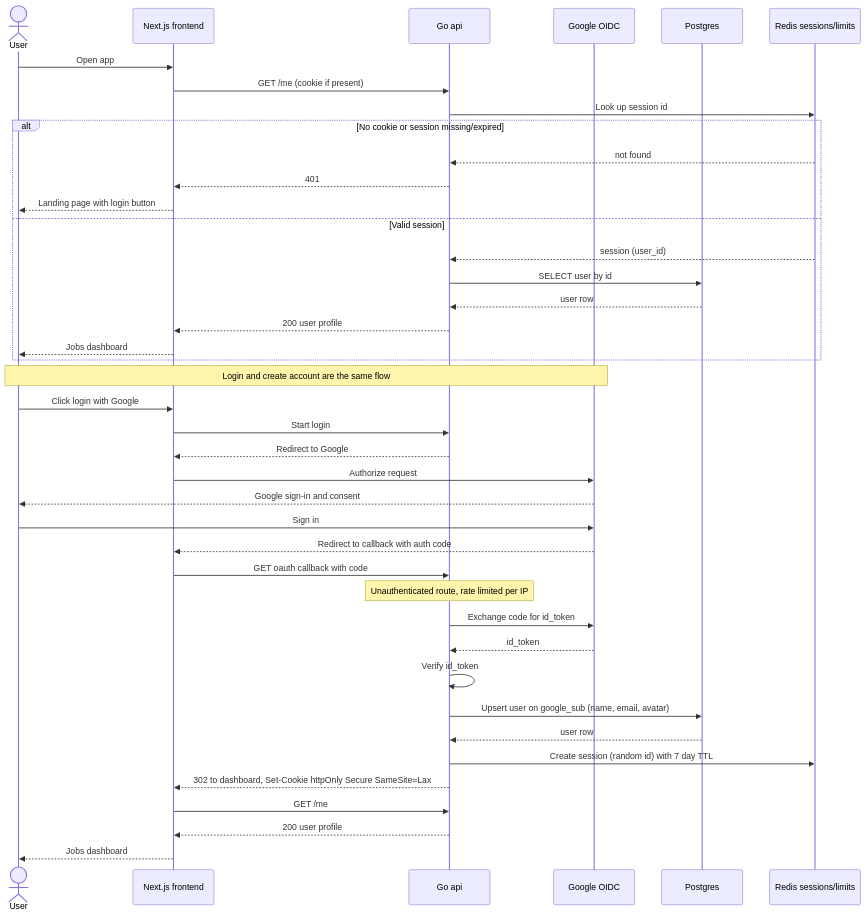
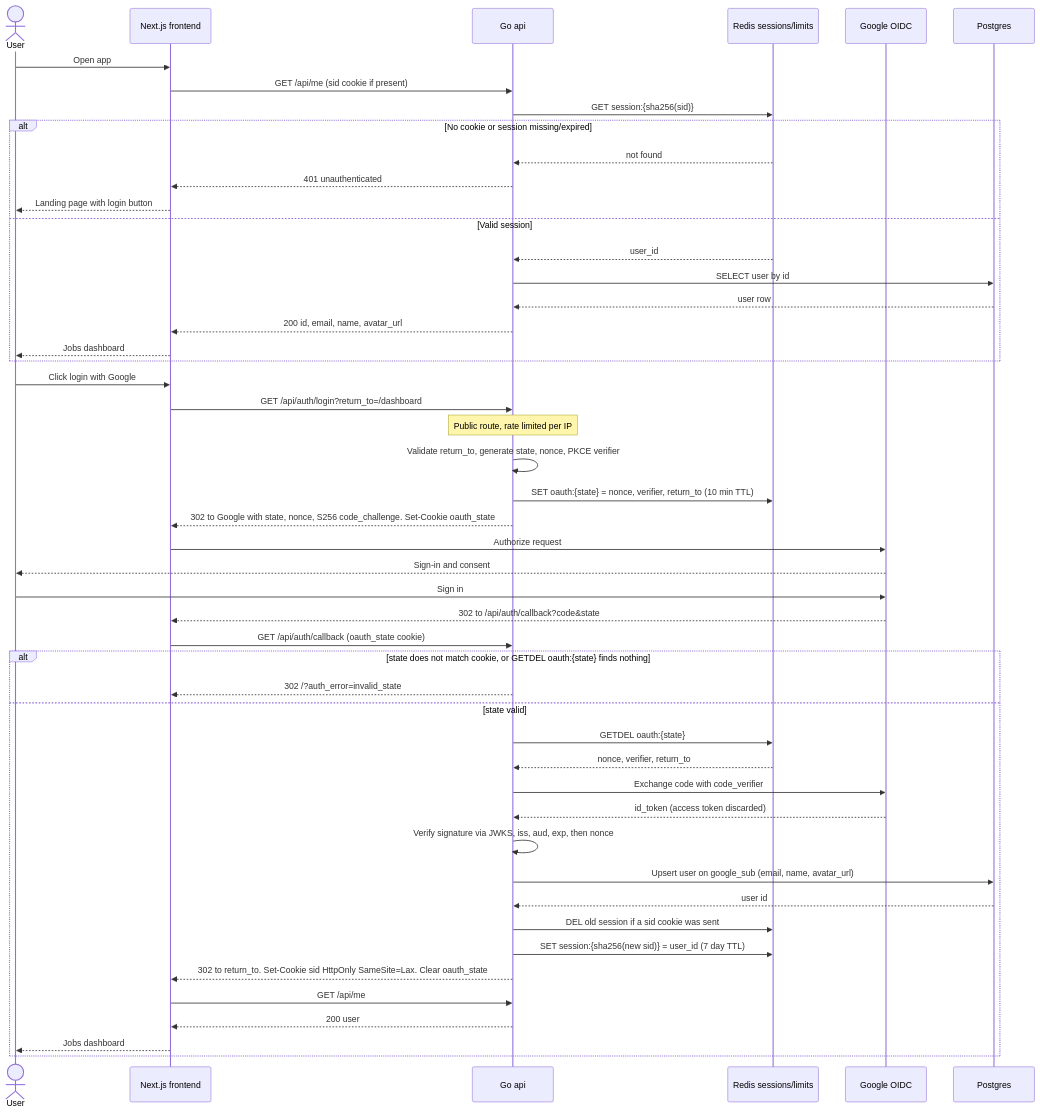
One commit to MardonBa/transcoding-job-scheduler changed the diagram in docs/diagrams/sequence/01-login.md. Above: the diagram before and after it, drawn with Mermaid. The commit also changed other lines of this file and 31 other files, not shown here.

````diff
--- a/docs/diagrams/sequence/01-login.md
+++ b/docs/diagrams/sequence/01-login.md
@@ -5,45 +5,53 @@
 ```mermaid
 sequenceDiagram
     actor User
     participant Browser as Next.js frontend
     participant API as Go api
+    participant RKV as Redis sessions/limits
     participant Google as Google OIDC
     participant PG as Postgres
-    participant RKV as Redis sessions/limits
 
     User->>Browser: Open app
-    Browser->>API: GET /me (cookie if present)
-    API->>RKV: Look up session id
+    Browser->>API: GET /api/me (sid cookie if present)
+    API->>RKV: GET session:{sha256(sid)}
     alt No cookie or session missing/expired
         RKV-->>API: not found
-        API-->>Browser: 401
+        API-->>Browser: 401 unauthenticated
         Browser-->>User: Landing page with login button
     else Valid session
-        RKV-->>API: session (user_id)
+        RKV-->>API: user_id
         API->>PG: SELECT user by id
         PG-->>API: user row
-        API-->>Browser: 200 user profile
+        API-->>Browser: 200 id, email, name, avatar_url
         Browser-->>User: Jobs dashboard
     end
 
-    Note over User,Google: Login and create account are the same flow
     User->>Browser: Click login with Google
-    Browser->>API: Start login
-    API-->>Browser: Redirect to Google
+    Browser->>API: GET /api/auth/login?return_to=/dashboard
+    Note over API: Public route, rate limited per IP
+    API->>API: Validate return_to, generate state, nonce, PKCE verifier
+    API->>RKV: SET oauth:{state} = nonce, verifier, return_to (10 min TTL)
+    API-->>Browser: 302 to Google with state, nonce, S256 code_challenge. Set-Cookie oauth_state
     Browser->>Google: Authorize request
-    Google-->>User: Google sign-in and consent
+    Google-->>User: Sign-in and consent
     User->>Google: Sign in
-    Google-->>Browser: Redirect to callback with auth code
-    Browser->>API: GET oauth callback with code
-    Note over API: Unauthenticated route, rate limited per IP
-    API->>Google: Exchange code for id_token
-    Google-->>API: id_token
-    API->>API: Verify id_token
-    API->>PG: Upsert user on google_sub (name, email, avatar)
-    PG-->>API: user row
-    API->>RKV: Create session (random id) with 7 day TTL
-    API-->>Browser: 302 to dashboard, Set-Cookie httpOnly Secure SameSite=Lax
-    Browser->>API: GET /me
-    API-->>Browser: 200 user profile
-    Browser-->>User: Jobs dashboard
+    Google-->>Browser: 302 to /api/auth/callback?code&state
+    Browser->>API: GET /api/auth/callback (oauth_state cookie)
+    alt state does not match cookie, or GETDEL oauth:{state} finds nothing
+        API-->>Browser: 302 /?auth_error=invalid_state
+    else state valid
+        API->>RKV: GETDEL oauth:{state}
+        RKV-->>API: nonce, verifier, return_to
+        API->>Google: Exchange code with code_verifier
+        Google-->>API: id_token (access token discarded)
+        API->>API: Verify signature via JWKS, iss, aud, exp, then nonce
+        API->>PG: Upsert user on google_sub (email, name, avatar_url)
+        PG-->>API: user id
+        API->>RKV: DEL old session if a sid cookie was sent
+        API->>RKV: SET session:{sha256(new sid)} = user_id (7 day TTL)
+        API-->>Browser: 302 to return_to. Set-Cookie sid HttpOnly SameSite=Lax. Clear oauth_state
+        Browser->>API: GET /api/me
+        API-->>Browser: 200 user
+        Browser-->>User: Jobs dashboard
+    end
 ```
````
